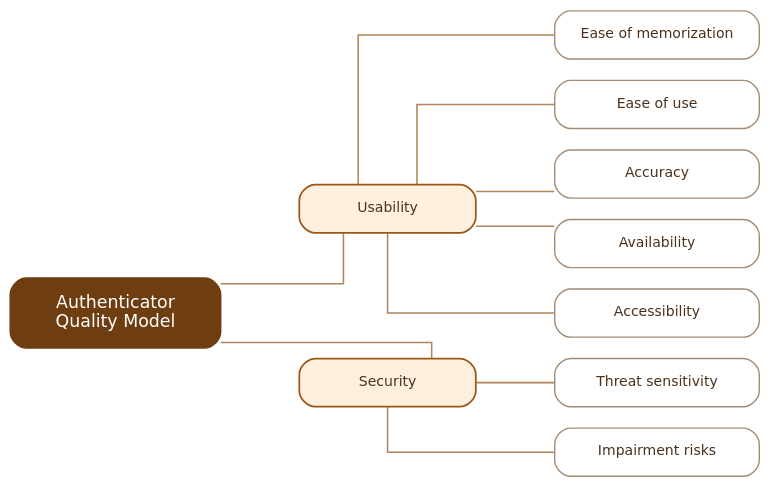
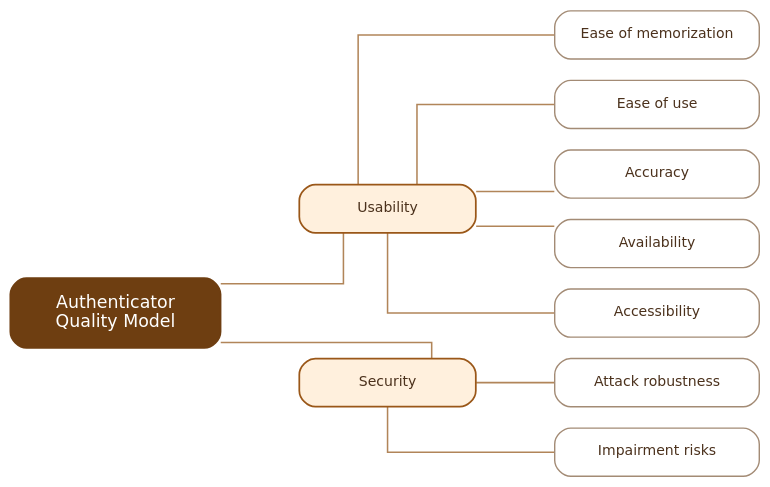
One commit to aqua-authentication/AQUA changed the diagram in trees/authenticator-tree.dot. Above: the diagram before and after it, drawn with Graphviz. The commit also changed 31 other files, not shown here.

```diff
--- a/trees/authenticator-tree.dot
+++ b/trees/authenticator-tree.dot
@@ -1,67 +1,67 @@
 digraph QualityModel {
   graph [
     rankdir=LR,
     bgcolor="transparent",
     pad="0.14",
     margin="0.03",
     nodesep="0.22",
     ranksep="0.82",
     splines=ortho,
     outputorder=edgesfirst,
     ordering=out
   ];
 
   node [
     shape=box,
     style="rounded,filled",
     fontname="DejaVu Sans",
     fontsize=10.5,
     color="#a38b75",
     fontcolor="#4b311c",
     penwidth=1.05,
     margin="0.18,0.11"
   ];
 
   edge [
     dir=none,
     color="#b18559",
     penwidth=1.15
   ];
 
   Root [
     label="Authenticator\nQuality Model",
     fillcolor="#6e3e11",
     fontcolor="white",
     color="#6e3e11",
     fontsize=13,
     penwidth=1.5,
     width=2.18,
     height=0.72
   ];
 
   // Quality factors
   Usability   [label="Usability", fillcolor="#fff0dd", color="#9a5718", penwidth=1.3, width=1.84];
   Security    [label="Security",  fillcolor="#fff0dd", color="#9a5718", penwidth=1.3, width=1.84];
 
   // Quality subfactors
   EaseOfMemorization         [label="Ease of memorization",        fillcolor="white", width=2.12];
   EaseOfUse                  [label="Ease of use",                 fillcolor="white", width=2.12];
   Accuracy                   [label="Accuracy",                    fillcolor="white", width=2.12];
   Availability               [label="Availability",                fillcolor="white", width=2.12];
   Accessibility              [label="Accessibility",               fillcolor="white", width=2.12];
 
-  ThreatSensitivity          [label="Threat sensitivity",          fillcolor="white", width=2.12];
+  AttackRobustness          [label="Attack robustness",          fillcolor="white", width=2.12];
   ImpairmentRisks            [label="Impairment risks",            fillcolor="white", width=2.12];
 
   Root -> Usability;
   Root -> Security;
 
   Usability -> EaseOfMemorization;
   Usability -> EaseOfUse;
   Usability -> Accuracy;
   Usability -> Availability;
   Usability -> Accessibility;
 
-  Security -> ThreatSensitivity;
+  Security -> AttackRobustness;
   Security -> ImpairmentRisks;
 }
```
